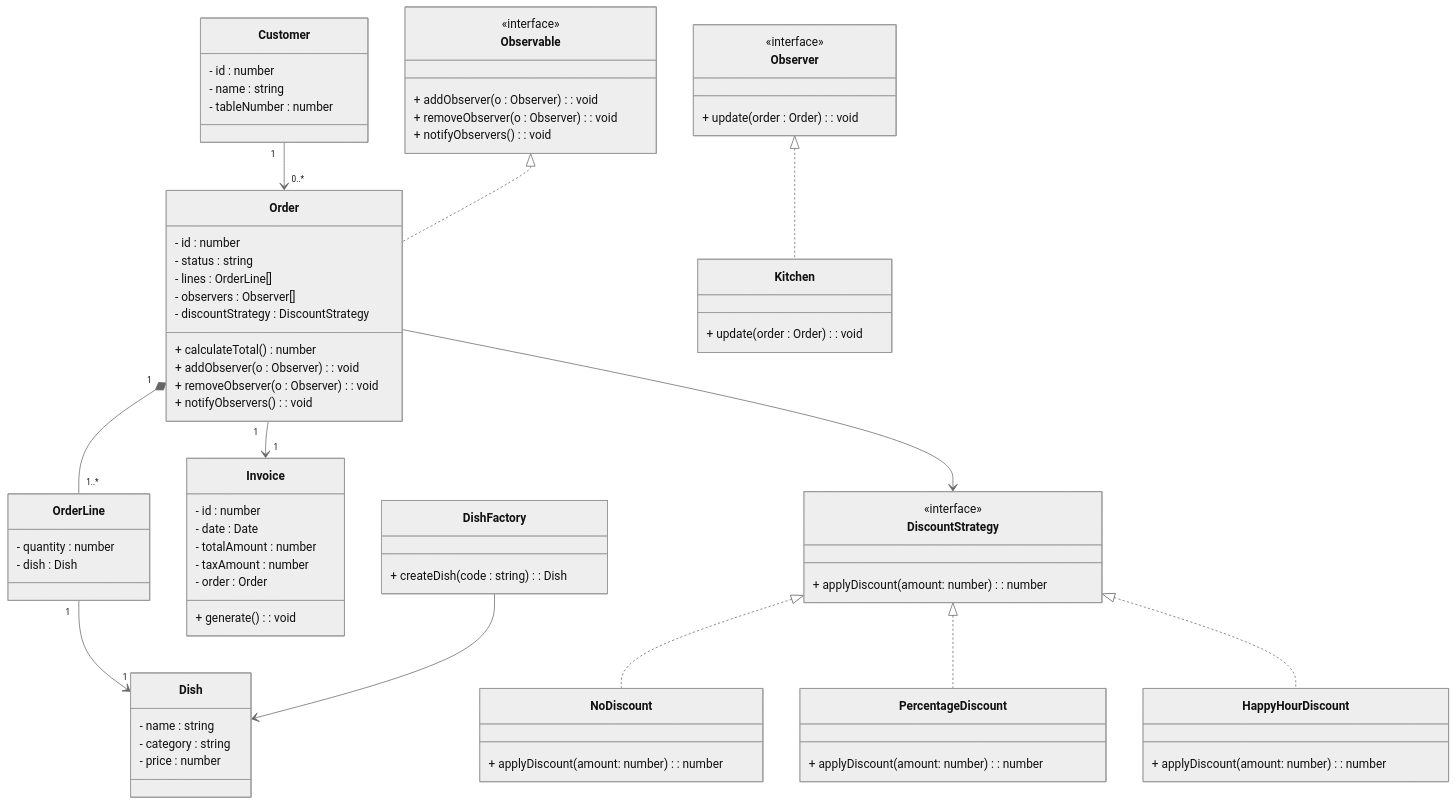
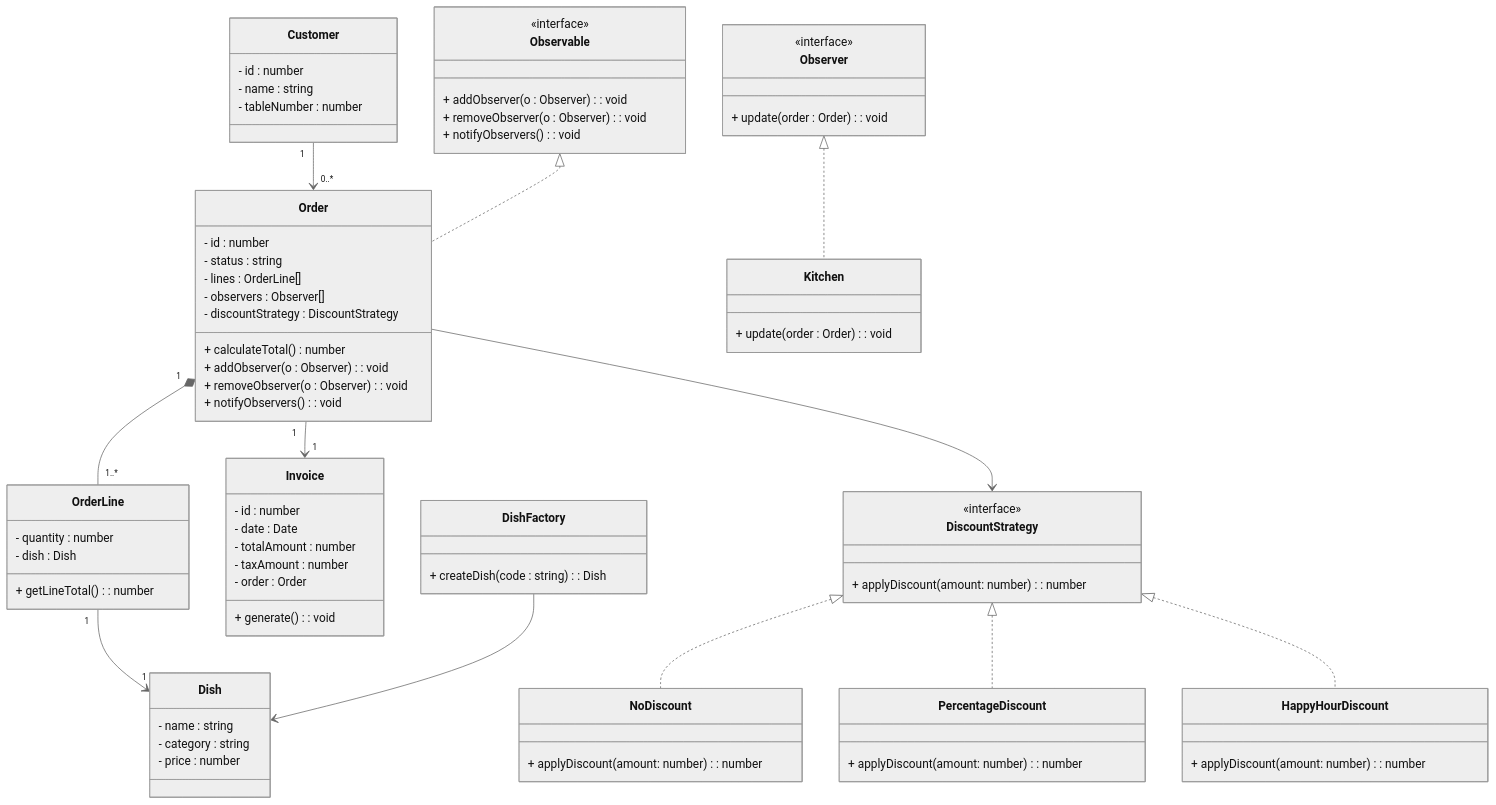
One commit to Marjo14/Exo-marre changed the diagram in Commande-Restaurant/commande-restaurant.md. Above: the diagram before and after it, drawn with Mermaid (neutral theme). The commit also changed other lines of this file and 3 other files, not shown here.

Commit message:
Add architecture and start coding with OrderLine.ts

````diff
--- a/Commande-Restaurant/commande-restaurant.md
+++ b/Commande-Restaurant/commande-restaurant.md
@@ -24,6 +24,7 @@
 class OrderLine {
   - quantity : number
   - dish : Dish
+  + getLineTotal() : number
 }
 
 class Dish {
@@ -105,6 +106,4 @@
 Observer <|.. Kitchen
 
 
-
-
 ```
````
